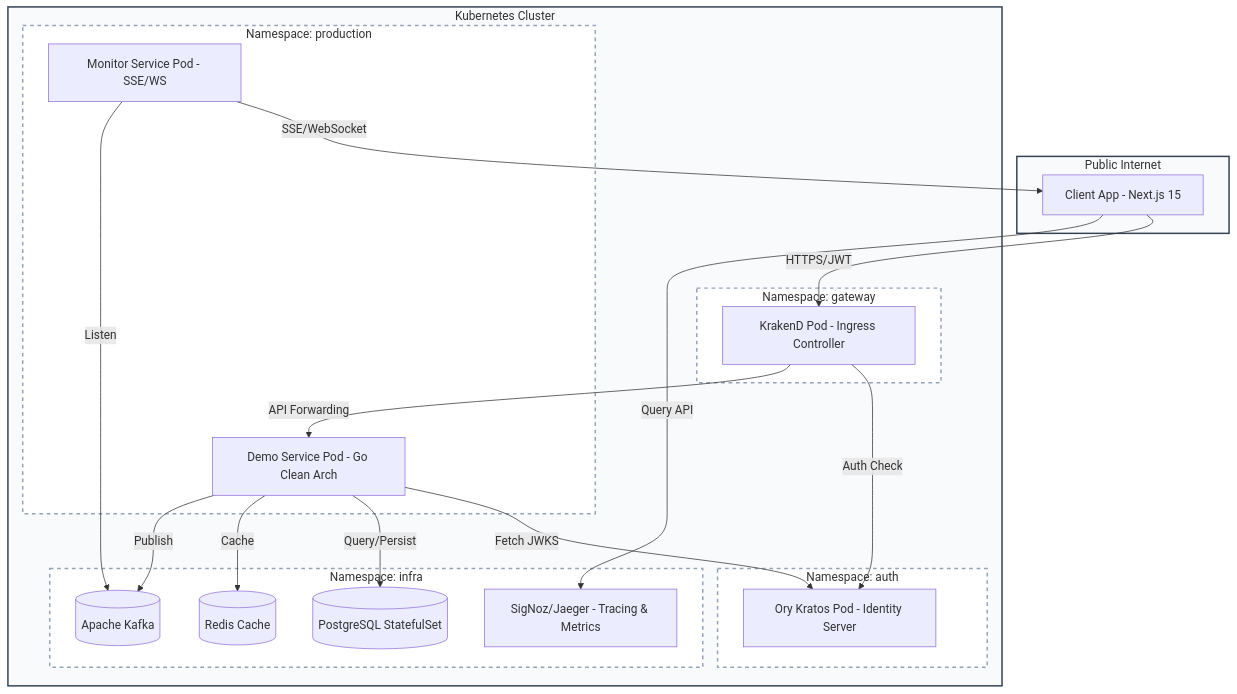
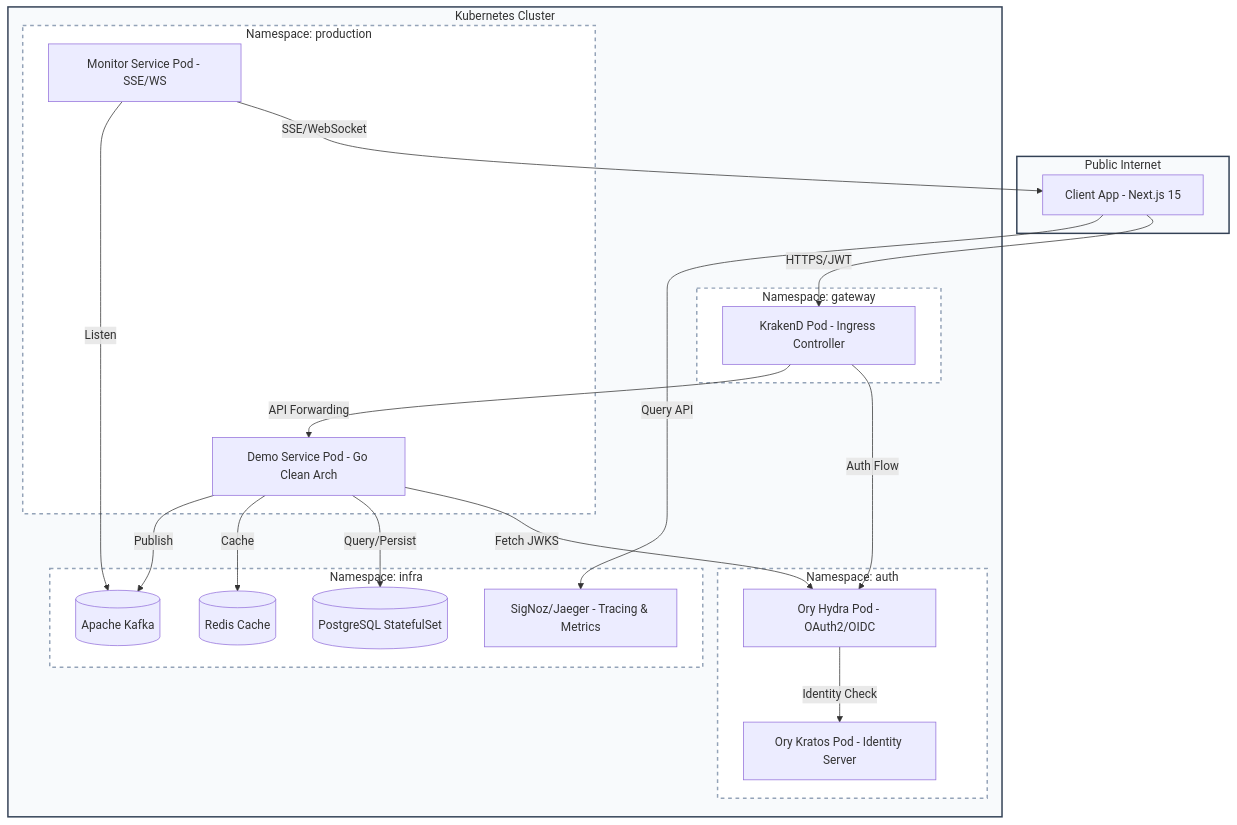
Before and after one commit to dungxbuif/RuntimeRoasters: the first of 2 diagrams in docs/architecture/system-architecture.md, drawn with Mermaid. The commit also changed other lines of this file and 14 other files, not shown here.

````diff
--- a/docs/architecture/system-architecture.md
+++ b/docs/architecture/system-architecture.md
@@ -8,45 +8,47 @@
 ```mermaid
 graph TB
     subgraph External_Internet [Public Internet]
         ClientApp[Client App - Next.js 15]
     end
 
     subgraph K8s_Cluster [Kubernetes Cluster]
         
         subgraph NS_Gateway [Namespace: gateway]
             KrakenD[KrakenD Pod - Ingress Controller]
         end
 
         subgraph NS_Auth [Namespace: auth]
             Kratos[Ory Kratos Pod - Identity Server]
+            Hydra[Ory Hydra Pod - OAuth2/OIDC]
         end
 
     subgraph NS_App [Namespace: production]
             DemoSvc[Demo Service Pod - Go Clean Arch]
             MonitorSvc[Monitor Service Pod - SSE/WS]
         end
 
         subgraph NS_Infra [Namespace: infra]
             Postgres[(PostgreSQL StatefulSet)]
             Redis[(Redis Cache)]
             Jaeger[SigNoz/Jaeger - Tracing & Metrics]
             Kafka[(Apache Kafka)]
         end
     end
 
     ClientApp -- HTTPS/JWT --> KrakenD
-    KrakenD -- Auth Check --> Kratos
+    KrakenD -- Auth Flow --> Hydra
+    Hydra -- Identity Check --> Kratos
     KrakenD -- API Forwarding --> DemoSvc
     MonitorSvc -- SSE/WebSocket --> ClientApp
     MonitorSvc -- Listen --> Kafka
     ClientApp -- Query API --> Jaeger
-    DemoSvc -- Fetch JWKS --> Kratos
+    DemoSvc -- Fetch JWKS --> Hydra
     DemoSvc -- Query/Persist --> Postgres
     DemoSvc -- Cache --> Redis
     DemoSvc -- Publish --> Kafka
 
     classDef cluster fill:#f8fafc,stroke:#334155,stroke-width:2px;
     classDef namespace fill:#ffffff,stroke:#94a3b8,stroke-dasharray: 5 5;
     class K8s_Cluster cluster;
     class NS_Gateway,NS_Auth,NS_App,NS_Infra namespace;
 ```
````
